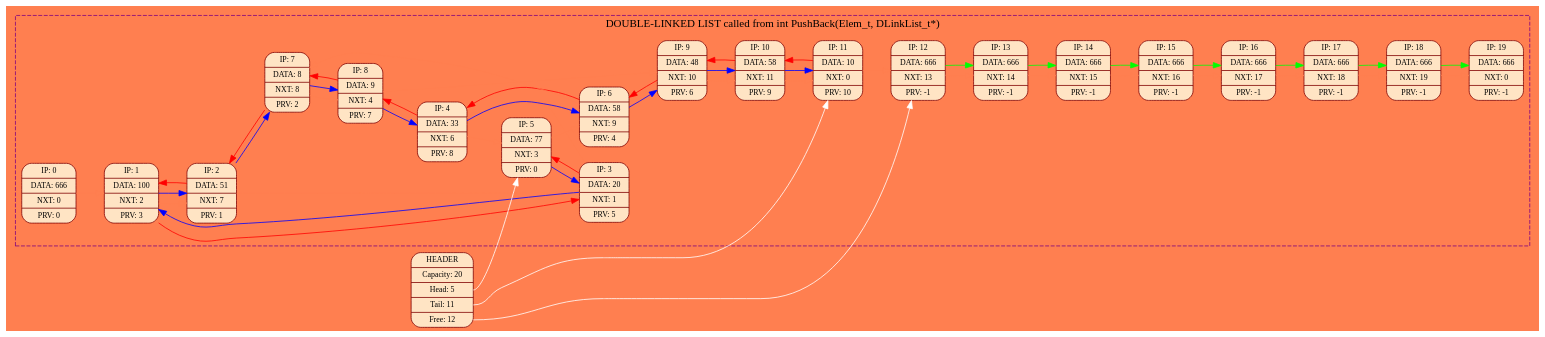
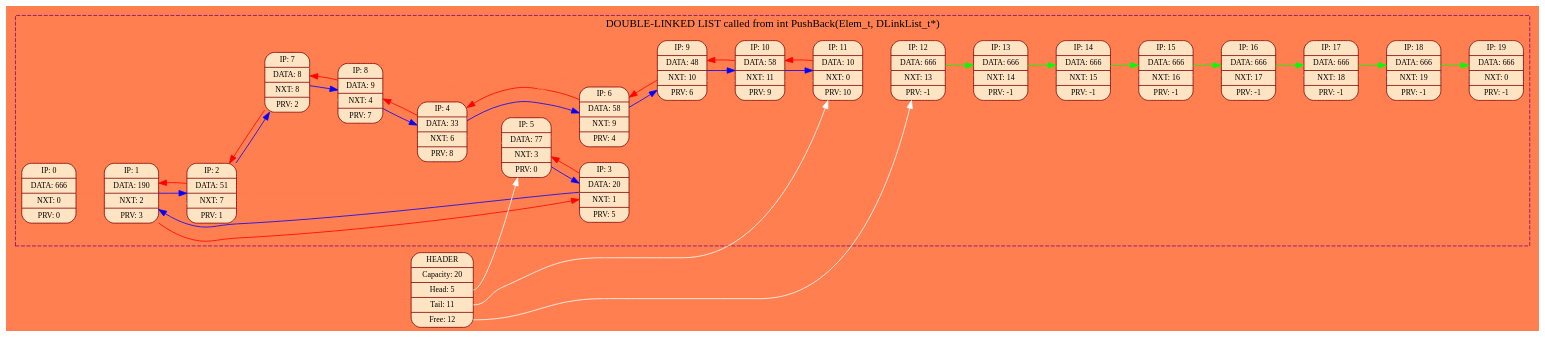
Before and after one commit to khmelnitskiianton/LinkedList: the diagram in list.dot, drawn with Graphviz. The commit also changed 17 other files, not shown here.

```diff
--- a/list.dot
+++ b/list.dot
@@ -1,67 +1,67 @@
 digraph G{
 rankdir = LR;
 bgcolor = "#ff7f50";
 node[color = "#800000", fontsize = 10];
 edge[color = "#800000", fontsize = 15];
 subgraph cluster_list {
 	node[style = filled, color = white, fontsize = 10];
 	edge[color = "#800000", fontsize = 15];
 	style = "dashed";
 	color = "#800080";
 	0 [shape = Mrecord, style = filled, fillcolor = "#ffe4c4", color = "#800000", label = " IP: 0 | DATA: 666 | NXT: 0 | PRV: 0 "];
-	1 [shape = Mrecord, style = filled, fillcolor = "#ffe4c4", color = "#800000", label = " IP: 1 | DATA: 100 | NXT: 2 | PRV: 3 "];
+	1 [shape = Mrecord, style = filled, fillcolor = "#ffe4c4", color = "#800000", label = " IP: 1 | DATA: 190 | NXT: 2 | PRV: 3 "];
 	2 [shape = Mrecord, style = filled, fillcolor = "#ffe4c4", color = "#800000", label = " IP: 2 | DATA: 51 | NXT: 7 | PRV: 1 "];
 	3 [shape = Mrecord, style = filled, fillcolor = "#ffe4c4", color = "#800000", label = " IP: 3 | DATA: 20 | NXT: 1 | PRV: 5 "];
 	4 [shape = Mrecord, style = filled, fillcolor = "#ffe4c4", color = "#800000", label = " IP: 4 | DATA: 33 | NXT: 6 | PRV: 8 "];
 	5 [shape = Mrecord, style = filled, fillcolor = "#ffe4c4", color = "#800000", label = " IP: 5 | DATA: 77 | NXT: 3 | PRV: 0 "];
 	6 [shape = Mrecord, style = filled, fillcolor = "#ffe4c4", color = "#800000", label = " IP: 6 | DATA: 58 | NXT: 9 | PRV: 4 "];
 	7 [shape = Mrecord, style = filled, fillcolor = "#ffe4c4", color = "#800000", label = " IP: 7 | DATA: 8 | NXT: 8 | PRV: 2 "];
 	8 [shape = Mrecord, style = filled, fillcolor = "#ffe4c4", color = "#800000", label = " IP: 8 | DATA: 9 | NXT: 4 | PRV: 7 "];
 	9 [shape = Mrecord, style = filled, fillcolor = "#ffe4c4", color = "#800000", label = " IP: 9 | DATA: 48 | NXT: 10 | PRV: 6 "];
 	10 [shape = Mrecord, style = filled, fillcolor = "#ffe4c4", color = "#800000", label = " IP: 10 | DATA: 58 | NXT: 11 | PRV: 9 "];
 	11 [shape = Mrecord, style = filled, fillcolor = "#ffe4c4", color = "#800000", label = " IP: 11 | DATA: 10 | NXT: 0 | PRV: 10 "];
 	12 [shape = Mrecord, style = filled, fillcolor = "#ffe4c4", color = "#800000", label = " IP: 12 | DATA: 666 | NXT: 13 | PRV: -1 "];
 	13 [shape = Mrecord, style = filled, fillcolor = "#ffe4c4", color = "#800000", label = " IP: 13 | DATA: 666 | NXT: 14 | PRV: -1 "];
 	14 [shape = Mrecord, style = filled, fillcolor = "#ffe4c4", color = "#800000", label = " IP: 14 | DATA: 666 | NXT: 15 | PRV: -1 "];
 	15 [shape = Mrecord, style = filled, fillcolor = "#ffe4c4", color = "#800000", label = " IP: 15 | DATA: 666 | NXT: 16 | PRV: -1 "];
 	16 [shape = Mrecord, style = filled, fillcolor = "#ffe4c4", color = "#800000", label = " IP: 16 | DATA: 666 | NXT: 17 | PRV: -1 "];
 	17 [shape = Mrecord, style = filled, fillcolor = "#ffe4c4", color = "#800000", label = " IP: 17 | DATA: 666 | NXT: 18 | PRV: -1 "];
 	18 [shape = Mrecord, style = filled, fillcolor = "#ffe4c4", color = "#800000", label = " IP: 18 | DATA: 666 | NXT: 19 | PRV: -1 "];
 	19 [shape = Mrecord, style = filled, fillcolor = "#ffe4c4", color = "#800000", label = " IP: 19 | DATA: 666 | NXT: 0 | PRV: -1 "];
 
 	0 -> 1 -> 2 -> 3 -> 4 -> 5 -> 6 -> 7 -> 8 -> 9 -> 10 -> 11 -> 12 -> 13 -> 14 -> 15 -> 16 -> 17 -> 18 -> 19 [weight = 10000, color = "#ff7f50"];
 
 	1 -> 2 [color = "#0000ff", weight = 0]
 	2 -> 7 [color = "#0000ff", weight = 0]
 	3 -> 1 [color = "#0000ff", weight = 0]
 	4 -> 6 [color = "#0000ff", weight = 0]
 	5 -> 3 [color = "#0000ff", weight = 0]
 	6 -> 9 [color = "#0000ff", weight = 0]
 	7 -> 8 [color = "#0000ff", weight = 0]
 	8 -> 4 [color = "#0000ff", weight = 0]
 	9 -> 10 [color = "#0000ff", weight = 0]
 	10 -> 11 [color = "#0000ff", weight = 0]
 	12 -> 13 [color = "#00ff00", weight = 0]
 	13 -> 14 [color = "#00ff00", weight = 0]
 	14 -> 15 [color = "#00ff00", weight = 0]
 	15 -> 16 [color = "#00ff00", weight = 0]
 	16 -> 17 [color = "#00ff00", weight = 0]
 	17 -> 18 [color = "#00ff00", weight = 0]
 	18 -> 19 [color = "#00ff00", weight = 0]
 	1 -> 3 [color = "#ff0000", weight = 0]
 	2 -> 1 [color = "#ff0000", weight = 0]
 	3 -> 5 [color = "#ff0000", weight = 0]
 	4 -> 8 [color = "#ff0000", weight = 0]
 	6 -> 4 [color = "#ff0000", weight = 0]
 	7 -> 2 [color = "#ff0000", weight = 0]
 	8 -> 7 [color = "#ff0000", weight = 0]
 	9 -> 6 [color = "#ff0000", weight = 0]
 	10 -> 9 [color = "#ff0000", weight = 0]
 	11 -> 10 [color = "#ff0000", weight = 0]
 	label = "DOUBLE-LINKED LIST called from int PushBack(Elem_t, DLinkList_t*) ";
 }
 All[shape = Mrecord, label = " HEADER | <f0> Capacity: 20 | <f1> Head: 5 | <f2> Tail: 11 | <f3> Free: 12 ", style = "filled", fillcolor = "#ffe4c4"];
 All:<f1> -> 5 [color = "#FFFFFF"];
 All:<f2> -> 11 [color = "#FFFFFF"];
 All:<f3> -> 12 [color = "#FFFFFF"];
 }
```
